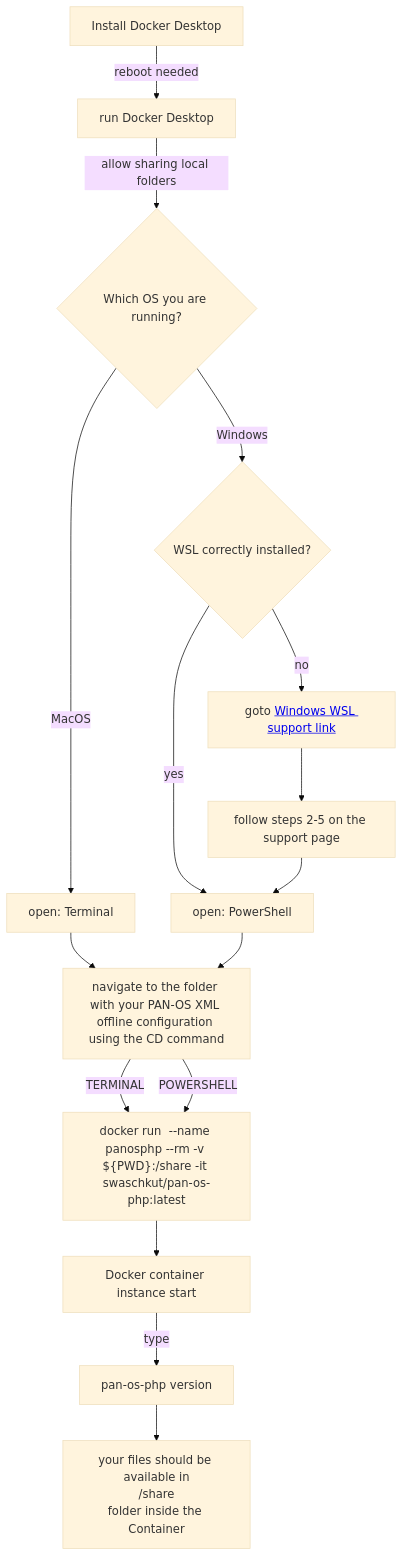
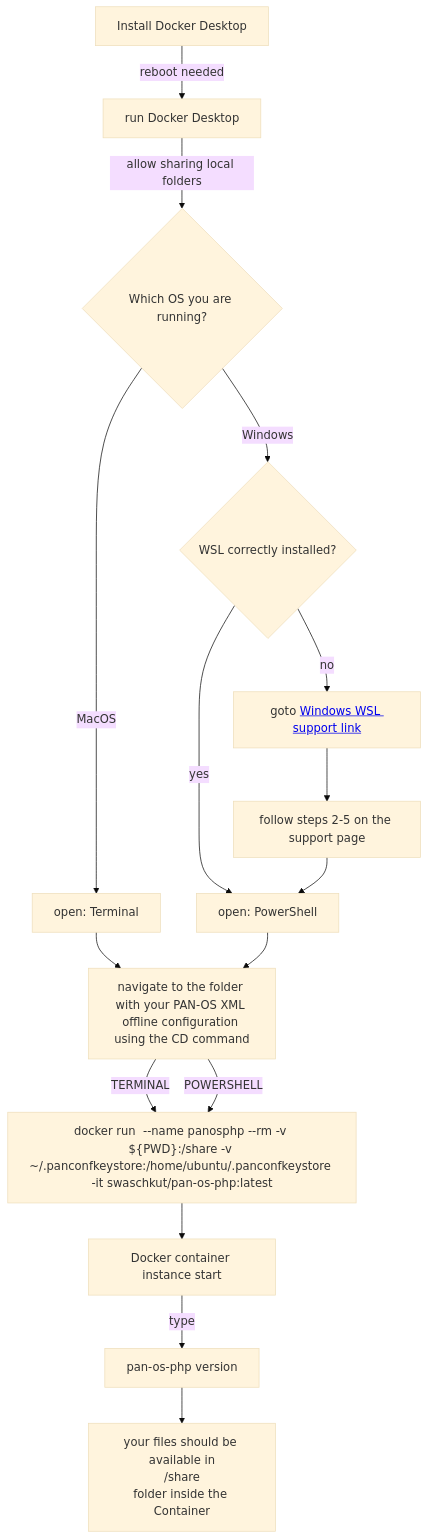
One commit to swaschkut/pan-os-php changed the diagram in READMEdocker.md. Above: the diagram before and after it, drawn with Mermaid (base theme). The commit also changed other lines of this file, not shown here.

````diff
--- a/READMEdocker.md
+++ b/READMEdocker.md
@@ -4,39 +4,39 @@
 ```mermaid
 graph TD
     
     
     BB[Install Docker Desktop] -->|reboot needed| BB1
     BB1[run Docker Desktop] -->|allow sharing local folders| CC1[which OS]
     
     
     CC1{Which OS you are running?} -->|MacOS| B1[open: Terminal]
     CC1{Which OS you are running?} -->|Windows| C1[check Docker]
     
     
     B1 --> Z1[navigate to the folder with your PAN-OS XML offline configuration using the CD command]
        
  
     
     C1{WSL correctly installed?} -->|yes| F2[open: PowerShell]
     C1{WSL correctly installed?} -->|no| C3[goto <a href='https://docs.microsoft.com/en-gb/windows/wsl/install-manual'>Windows WSL support link</a>]
     
    
     
     C3 --> C7[follow steps 2-5 on the support page]    
     C7 --> F2[open: PowerShell]
 
    
    
     F2 --> Z1[navigate to the folder with your PAN-OS XML offline configuration using the CD command]
     
     
-    Z1 -->|TERMINAL| K1["docker run  --name panosphp --rm -v ${PWD}:/share -it swaschkut/pan-os-php:latest"]
-    Z1 -->|POWERSHELL| K1["docker run  --name panosphp --rm -v ${PWD}:/share -it swaschkut/pan-os-php:latest"]
+    Z1 -->|TERMINAL| K1["docker run  --name panosphp --rm -v ${PWD}:/share -v ~/.panconfkeystore:/home/ubuntu/.panconfkeystore -it swaschkut/pan-os-php:latest"]
+    Z1 -->|POWERSHELL| K1["docker run  --name panosphp --rm -v ${PWD}:/share -v ~/.panconfkeystore:/home/ubuntu/.panconfkeystore -it swaschkut/pan-os-php:latest"]
     
   
     
     K1 --> K3[Docker container instance start]
     K3 -->|type| R[pan-os-php version]
     
     R --> S[your files should be available in<br />/share<br />folder inside the Container]
 ```
````
